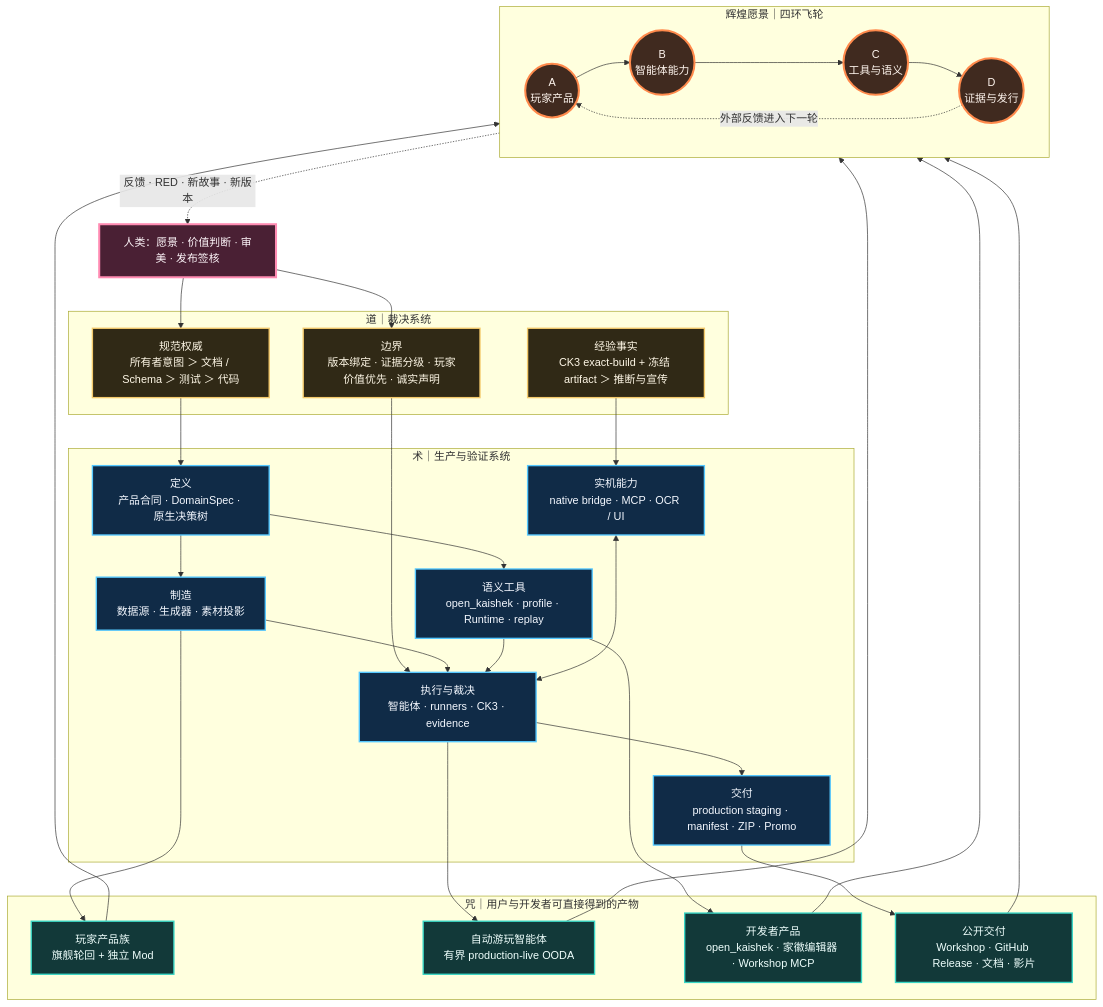
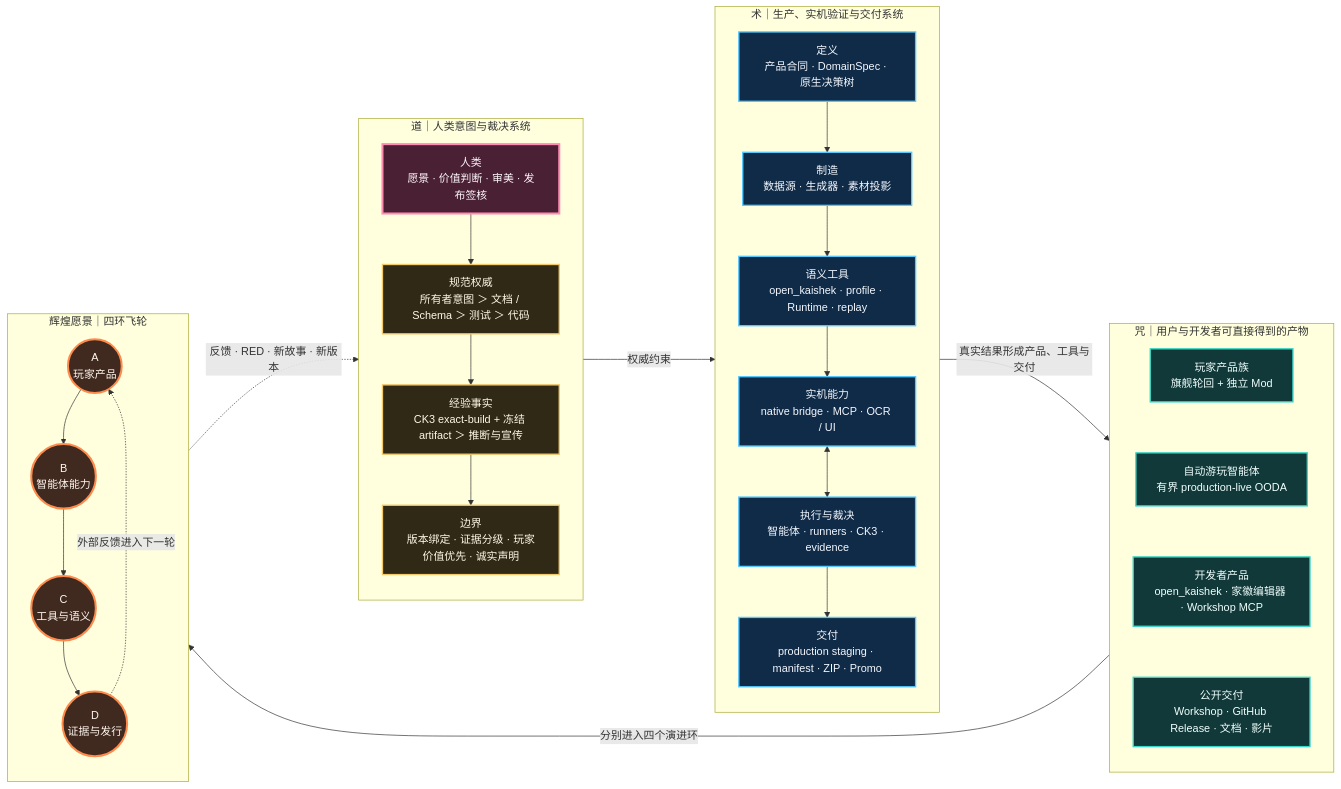
The diagram in docs/project-causality-architecture/src/01-overall-system.mmd (XenoAmess/ck3_eternal_recurrence), drawn with Mermaid before and after one commit. The commit also changed 51 other files, not shown here.

```diff
--- a/docs/project-causality-architecture/src/01-overall-system.mmd
+++ b/docs/project-causality-architecture/src/01-overall-system.mmd
@@ -1,66 +1,55 @@
-flowchart TB
-    H["人类：愿景 · 价值判断 · 审美 · 发布签核"]
-
-    subgraph DAO["道｜裁决系统"]
+flowchart LR
+    subgraph GOVERN["道｜人类意图与裁决系统"]
+      direction TB
+      H["人类<br/>愿景 · 价值判断 · 审美 · 发布签核"]
       D1["规范权威<br/>所有者意图 ＞ 文档 / Schema ＞ 测试 ＞ 代码"]
       D2["经验事实<br/>CK3 exact-build + 冻结 artifact ＞ 推断与宣传"]
       D3["边界<br/>版本绑定 · 证据分级 · 玩家价值优先 · 诚实声明"]
+      H --> D1 --> D2 --> D3
     end
 
-    subgraph SHU["术｜生产与验证系统"]
+    subgraph METHOD["术｜生产、实机验证与交付系统"]
+      direction TB
       S1["定义<br/>产品合同 · DomainSpec · 原生决策树"]
       S2["制造<br/>数据源 · 生成器 · 素材投影"]
       S3["语义工具<br/>open_kaishek · profile · Runtime · replay"]
       S4["实机能力<br/>native bridge · MCP · OCR / UI"]
       S5["执行与裁决<br/>智能体 · runners · CK3 · evidence"]
       S6["交付<br/>production staging · manifest · ZIP · Promo"]
+      S1 --> S2 --> S3 --> S4 <--> S5 --> S6
     end
 
-    subgraph ZHOU["咒｜用户与开发者可直接得到的产物"]
+    subgraph PRODUCTS["咒｜用户与开发者可直接得到的产物"]
+      direction TB
       Z1["玩家产品族<br/>旗舰轮回 + 独立 Mod"]
       Z2["自动游玩智能体<br/>有界 production-live OODA"]
       Z3["开发者产品<br/>open_kaishek · 家徽编辑器 · Workshop MCP"]
       Z4["公开交付<br/>Workshop · GitHub Release · 文档 · 影片"]
+      Z1 ~~~ Z2 ~~~ Z3 ~~~ Z4
     end
 
     subgraph VISION["辉煌愿景｜四环飞轮"]
-      direction LR
+      direction TB
       A(("A<br/>玩家产品"))
       B(("B<br/>智能体能力"))
       C(("C<br/>工具与语义"))
       E(("D<br/>证据与发行"))
       A --> B --> C --> E
       E -. "外部反馈进入下一轮" .-> A
     end
 
-    H --> D1
-    H --> D3
-    D1 --> S1
-    D2 --> S4
-    D3 --> S5
-    S1 --> S2
-    S1 --> S3
-    S2 --> S5
-    S3 --> S5
-    S4 <--> S5
-    S5 --> S6
-    S2 --> Z1
-    S5 --> Z2
-    S3 --> Z3
-    S6 --> Z4
-    Z1 --> A
-    Z2 --> B
-    Z3 --> C
-    Z4 --> E
-    E -. "反馈 · RED · 新故事 · 新版本" .-> H
+    GOVERN -- "权威约束" --> METHOD
+    METHOD -- "真实结果形成产品、工具与交付" --> PRODUCTS
+    PRODUCTS -- "分别进入四个演进环" --> VISION
+    VISION -. "反馈 · RED · 新故事 · 新版本" .-> GOVERN
 
     class H human;
     class D1,D2,D3 dao;
     class S1,S2,S3,S4,S5,S6 method;
     class Z1,Z2,Z3,Z4 product;
     class A,B,C,E vision;
     classDef human fill:#4a2034,stroke:#ff8bb2,color:#fff7fb,stroke-width:3px;
     classDef dao fill:#302916,stroke:#f3c96b,color:#fff8e7,stroke-width:2px;
     classDef method fill:#102b47,stroke:#55c8ff,color:#f4f8ff,stroke-width:2px;
     classDef product fill:#123939,stroke:#38d6c5,color:#effffd,stroke-width:2px;
     classDef vision fill:#402a1f,stroke:#ff8a4c,color:#fff6ef,stroke-width:3px;
```
